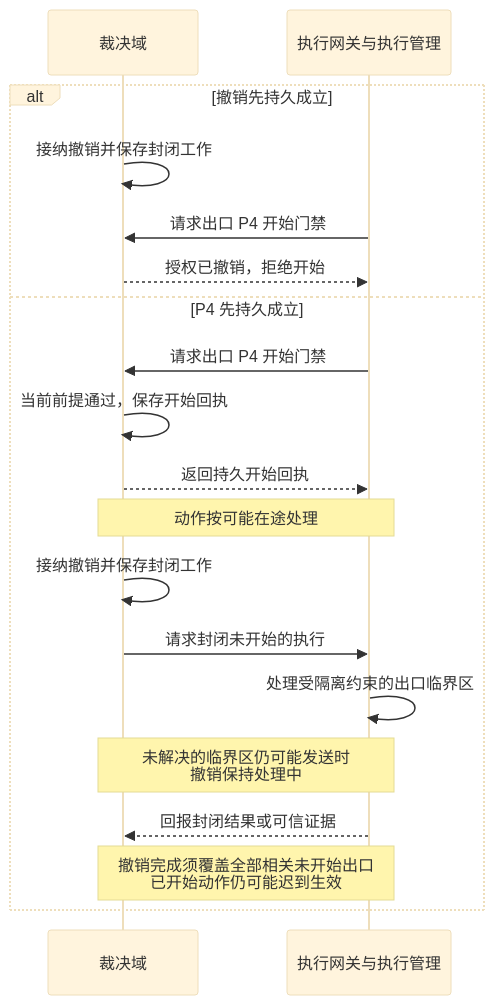
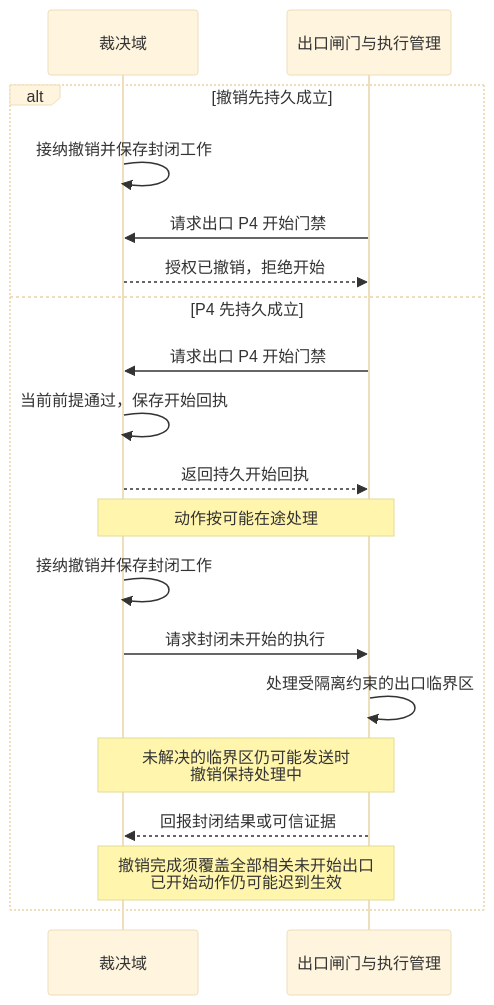
Before and after one commit to ruipengliu/lerna: the diagram in docs/architecture/core/grants/README.md, drawn with Mermaid (base theme). The commit also changed other lines of this file and 49 other files, not shown here.

````diff
--- a/docs/architecture/core/grants/README.md
+++ b/docs/architecture/core/grants/README.md
@@ -313,21 +314,21 @@
 ```mermaid
 sequenceDiagram
     participant C as 裁决域
-    participant E as 执行网关与执行管理
+    participant E as 出口闸门与执行管理
     alt 撤销先持久成立
         C->>C: 接纳撤销并保存封闭工作
         E->>C: 请求出口 P4 开始门禁
         C-->>E: 授权已撤销，拒绝开始
     else P4 先持久成立
         E->>C: 请求出口 P4 开始门禁
         C->>C: 当前前提通过，保存开始回执
         C-->>E: 返回持久开始回执
         Note over C,E: 动作按可能在途处理
         C->>C: 接纳撤销并保存封闭工作
         C->>E: 请求封闭未开始的执行
         E->>E: 处理受隔离约束的出口临界区
         Note over C,E: 未解决的临界区仍可能发送时<br/>撤销保持处理中
         E-->>C: 回报封闭结果或可信证据
         Note over C,E: 撤销完成须覆盖全部相关未开始出口<br/>已开始动作仍可能迟到生效
     end
 ```
````
